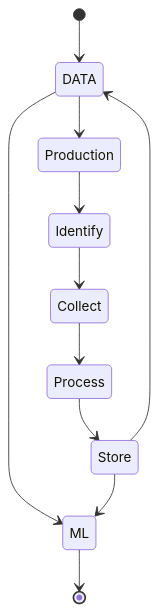
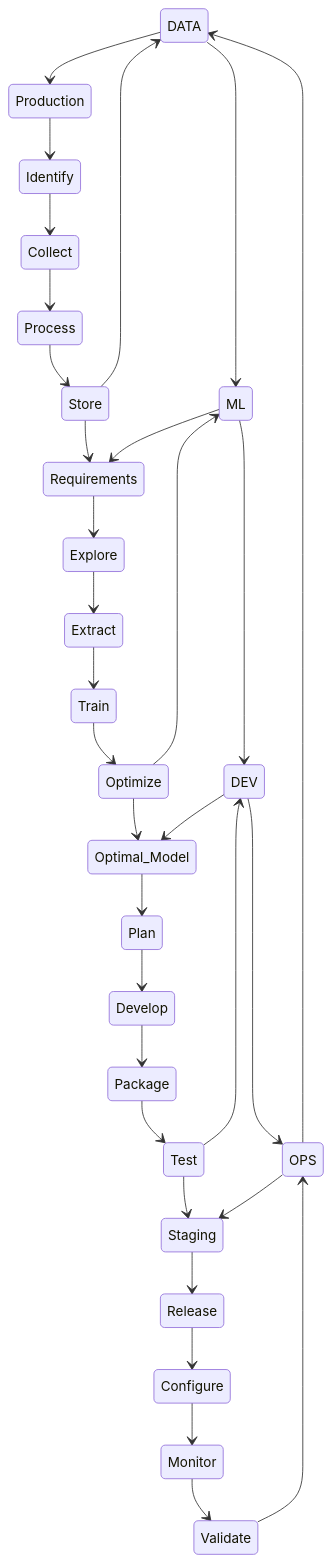
One commit to SuzyQuant/SuzyQuant changed the diagram in notes/study/MLOps.md. Above: the diagram before and after it, drawn with Mermaid. The commit also changed other lines of this file, not shown here.

````diff
--- a/notes/study/MLOps.md
+++ b/notes/study/MLOps.md
@@ -5,15 +5,41 @@
 ```mermaid
 stateDiagram-v2
-    [*] --> DATA
+
     DATA --> ML
-    ML --> [*]
+    ML --> DEV
+    DEV --> OPS
+    OPS --> DATA
+  
+
 
     DATA --> Production
     Production --> Identify
     Identify --> Collect
     Collect --> Process
-    Process --> Store
+    Process --> Store 
+    Store --> Requirements
     Store --> DATA 
-    Store --> ML 
-
+       
+    ML --> Requirements
+    Requirements --> Explore
+    Explore --> Extract
+    Extract --> Train
+    Train --> Optimize
+    Optimize --> Optimal_Model 
+    Optimize --> ML
+    
+    DEV --> Optimal_Model
+    Optimal_Model --> Plan 
+    Plan --> Develop
+    Develop --> Package
+    Package --> Test
+    Test --> Staging
+    Test --> DEV
+    
+    OPS --> Staging
+    Staging --> Release 
+    Release --> Configure
+    Configure --> Monitor
+    Monitor --> Validate
+    Validate --> OPS
 ```
````
